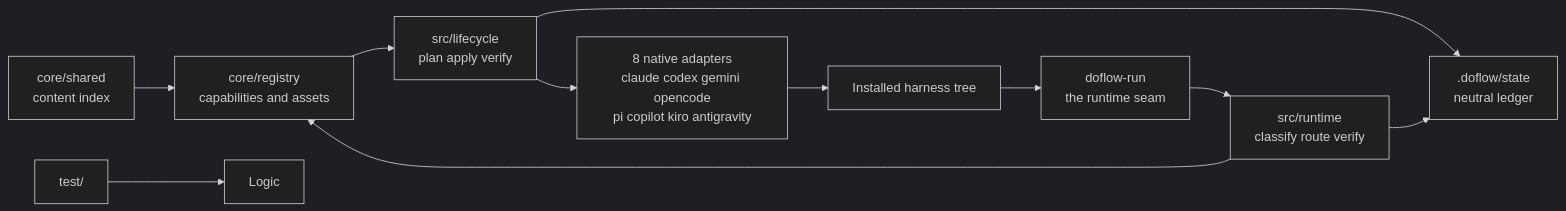
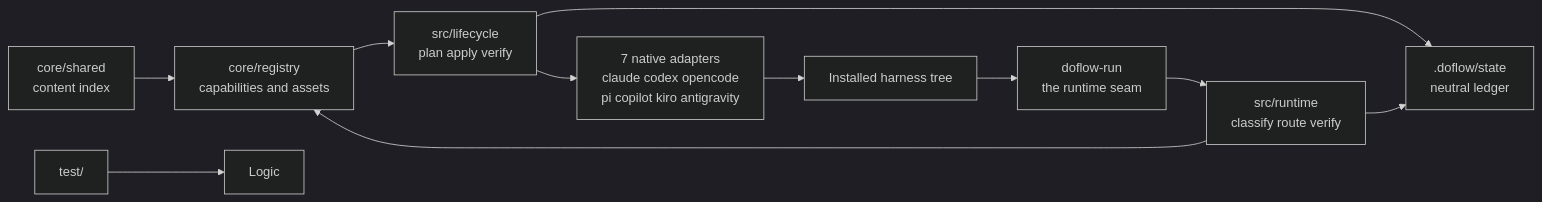
Before and after one commit to khoavu882/do-flow: the first of 4 diagrams in docs/architecture.md, drawn with Mermaid (dark theme). The commit also changed other lines of this file and 15 other files, not shown here.

First line of the commit message:
docs: seven harnesses; Gemini CLI retired, Antigravity owns ~/.gemini/GEMINI.md

````diff
--- a/docs/architecture.md
+++ b/docs/architecture.md
@@ -10,13 +10,13 @@
 ```mermaid
 flowchart LR
     Shared[core/shared\ncontent index] --> Registry[core/registry\ncapabilities and assets]
     Registry --> Lifecycle[src/lifecycle\nplan apply verify]
-    Lifecycle -->     Adapters[8 native adapters\nclaude codex gemini opencode\npi copilot kiro antigravity]
+    Lifecycle -->     Adapters[7 native adapters\nclaude codex opencode\npi copilot kiro antigravity]
     Lifecycle --> State[.doflow/state\nneutral ledger]
     Adapters --> Installed[Installed harness tree]
     Installed --> Seam[doflow-run\nthe runtime seam]
     Seam --> Runtime[src/runtime\nclassify route verify]
     Runtime --> Registry
     Runtime --> State
     Tests[test/] --> Logic
 ```
````
